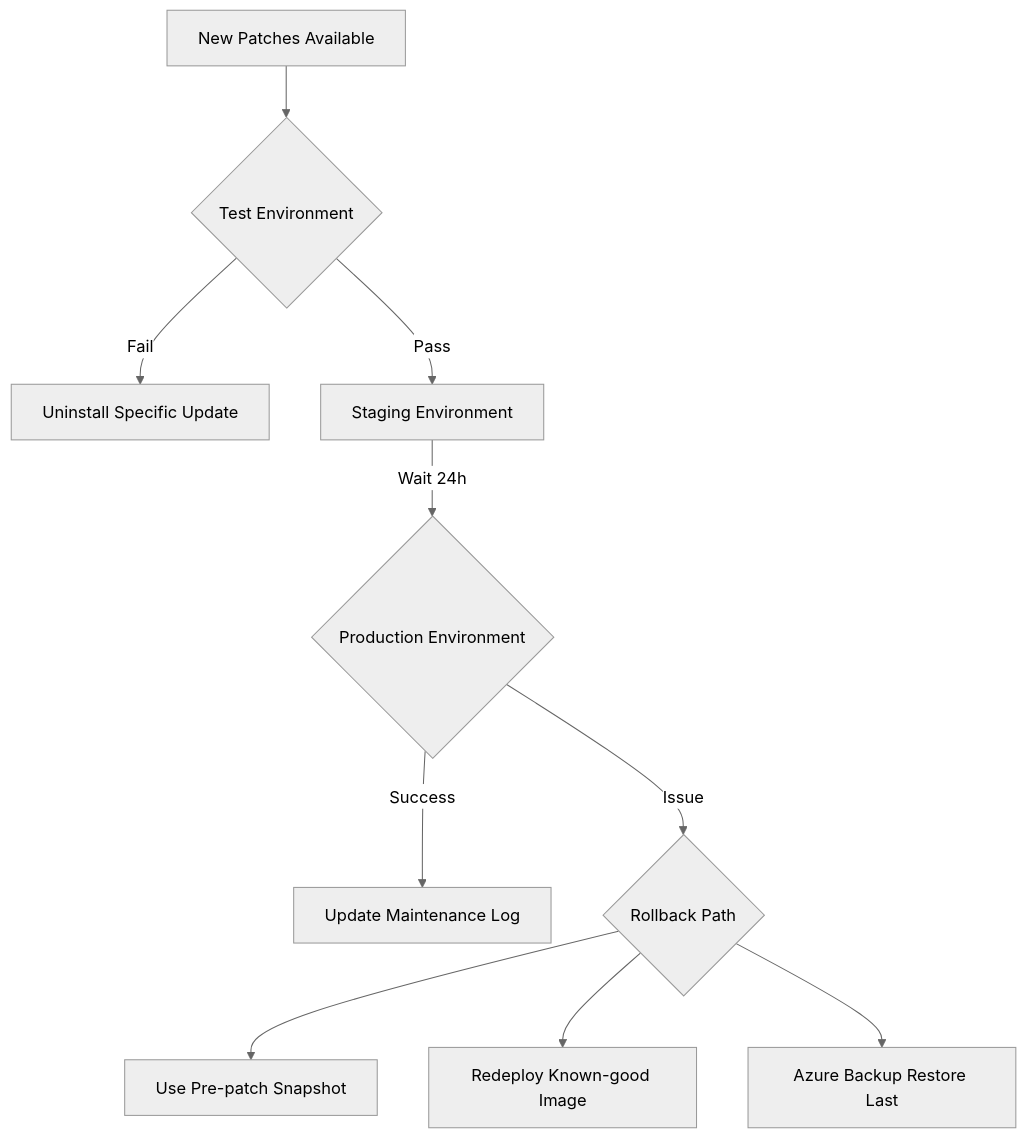
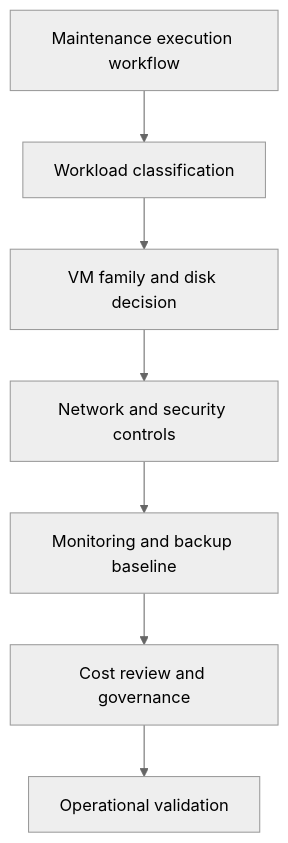
Before and after one commit to yeongseon/azure-virtual-machine-practical-guide: the diagram in docs/best-practices/patching-and-maintenance-best-practices.md, drawn with Mermaid (neutral theme). The commit also changed other lines of this file and 24 other files, not shown here.

````diff
--- a/docs/best-practices/patching-and-maintenance-best-practices.md
+++ b/docs/best-practices/patching-and-maintenance-best-practices.md
@@ -31,12 +17,9 @@
 ```mermaid
-graph TD
-    A[New Patches Available] --> B{Test Environment}
-    B -->|Fail| C[Uninstall Specific Update]
-    B -->|Pass| D[Staging Environment]
-    D -->|Wait 24h| E{Production Environment}
-    E -->|Success| F[Update Maintenance Log]
-    E -->|Issue| G{Rollback Path}
-    G --> H[Use Pre-patch Snapshot]
-    G --> I[Redeploy Known-good Image]
-    G --> J[Azure Backup Restore Last]
+flowchart TD
+    A[Maintenance execution workflow] --> B[Workload classification]
+    B --> C[VM family and disk decision]
+    C --> D[Network and security controls]
+    D --> E[Monitoring and backup baseline]
+    E --> F[Cost review and governance]
+    F --> G[Operational validation]
 ```
````
